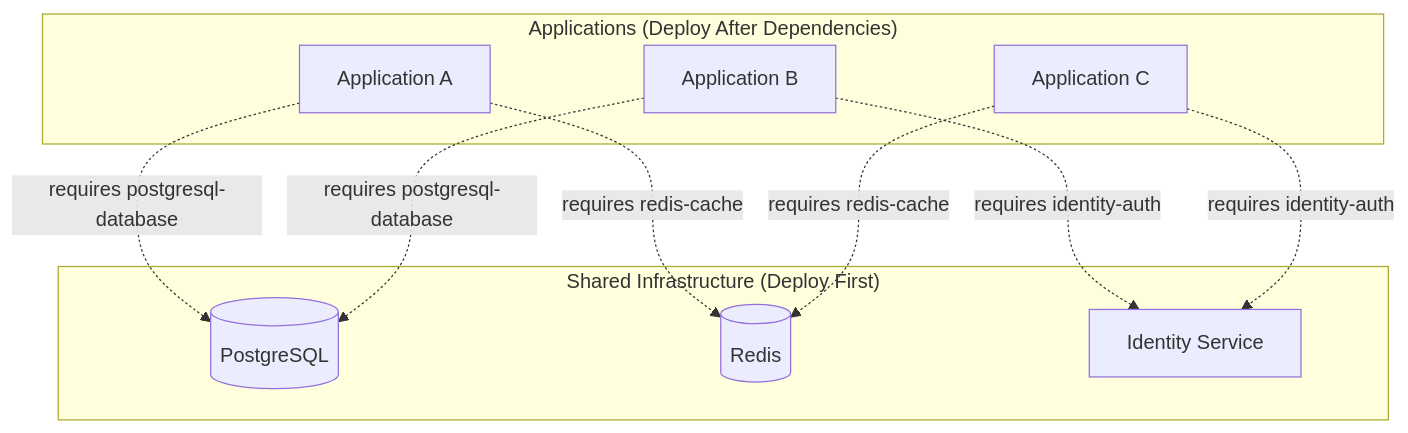
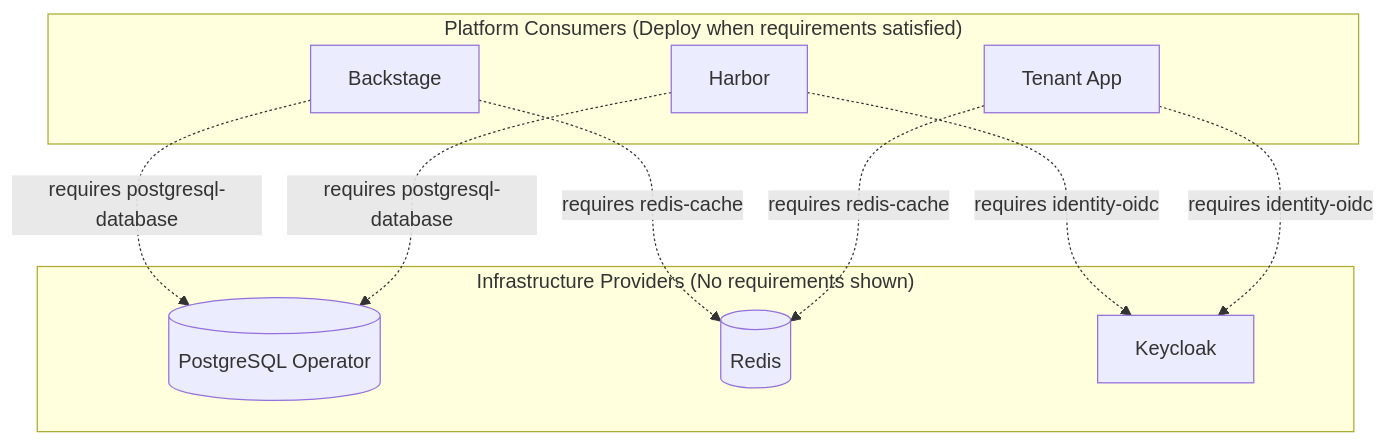
One commit to ProficientnowTech/pn-platform changed the fifth of 7 diagrams in docs/platform/rfcs/platform-arch/05-capability-orchestration.md. Above: the diagram before and after it, drawn with Mermaid. The commit also changed other lines of this file and 10 other files, not shown here.

````diff
--- a/docs/platform/rfcs/platform-arch/05-capability-orchestration.md
+++ b/docs/platform/rfcs/platform-arch/05-capability-orchestration.md
@@ -459,21 +480,21 @@
 ```mermaid
 flowchart TD
-    subgraph Infrastructure["Shared Infrastructure (Deploy First)"]
-        DB[(PostgreSQL)]
+    subgraph InfraProviders["Infrastructure Providers (No requirements shown)"]
+        DB[(PostgreSQL Operator)]
         Cache[(Redis)]
-        Auth[Identity Service]
+        Auth[Keycloak]
     end
 
-    subgraph Applications["Applications (Deploy After Dependencies)"]
-        App1[Application A]
-        App2[Application B]
-        App3[Application C]
+    subgraph Consumers["Platform Consumers (Deploy when requirements satisfied)"]
+        App1[Backstage]
+        App2[Harbor]
+        App3[Tenant App]
     end
 
     App1 -.->|requires postgresql-database| DB
     App1 -.->|requires redis-cache| Cache
     App2 -.->|requires postgresql-database| DB
-    App2 -.->|requires identity-auth| Auth
+    App2 -.->|requires identity-oidc| Auth
     App3 -.->|requires redis-cache| Cache
-    App3 -.->|requires identity-auth| Auth
+    App3 -.->|requires identity-oidc| Auth
 ```
````
